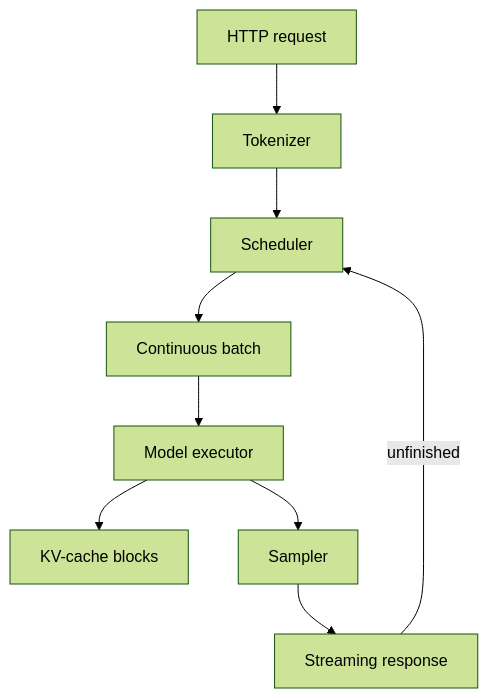
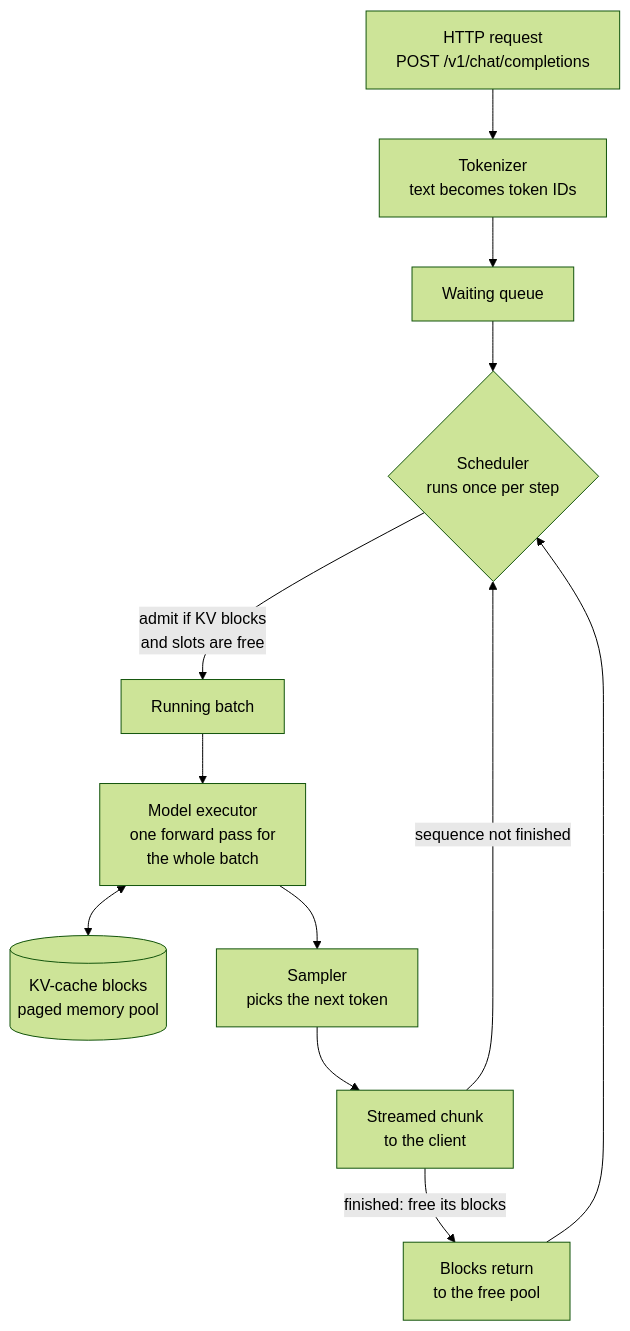
The diagram in docs/02-vllm-architecture.md (mrdavidlong/ml-training-inference-labs), drawn with Mermaid (forest theme) before and after one commit. The commit also changed other lines of this file and 13 other files, not shown here.

````diff
--- a/docs/02-vllm-architecture.md
+++ b/docs/02-vllm-architecture.md
@@ -9,11 +169,14 @@
 ```mermaid
 flowchart TD
-    A[HTTP request] --> B[Tokenizer]
-    B --> C[Scheduler]
-    C --> D[Continuous batch]
-    D --> E[Model executor]
-    E --> F[KV-cache blocks]
-    E --> G[Sampler]
-    G --> H[Streaming response]
-    H -->|unfinished| C
+    A["HTTP request<br/>POST /v1/chat/completions"] --> B["Tokenizer<br/>text becomes token IDs"]
+    B --> C["Waiting queue"]
+    C --> D{"Scheduler<br/>runs once per step"}
+    D -->|"admit if KV blocks<br/>and slots are free"| E["Running batch"]
+    E --> F["Model executor<br/>one forward pass for<br/>the whole batch"]
+    F <--> G[("KV-cache blocks<br/>paged memory pool")]
+    F --> H["Sampler<br/>picks the next token"]
+    H --> I["Streamed chunk<br/>to the client"]
+    I -->|"sequence not finished"| D
+    I -->|"finished: free its blocks"| J["Blocks return<br/>to the free pool"]
+    J --> D
 ```
````
